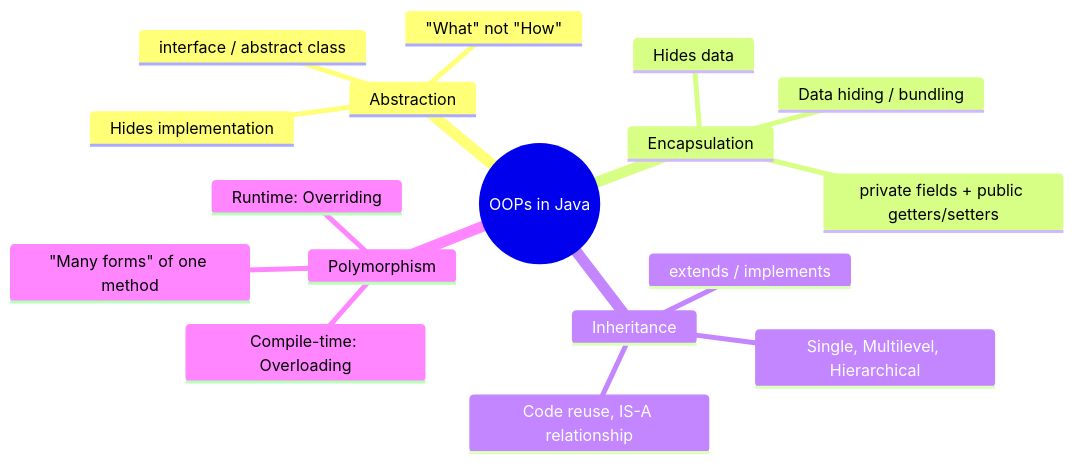
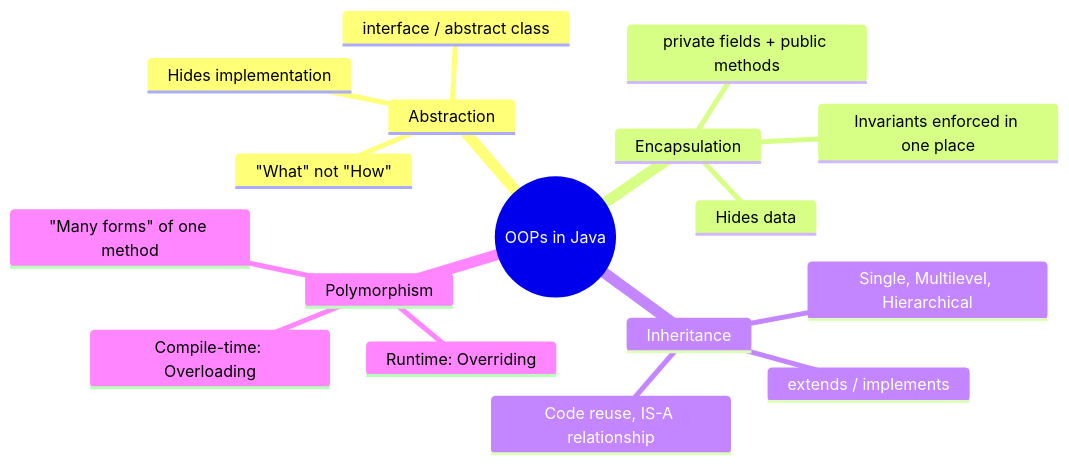
Before and after one commit to prabhu-raghunathan/java-learn: the first of 2 diagrams in docs/01-core-java/oops-concepts.md, drawn with Mermaid. The commit also changed other lines of this file and 28 other files, not shown here.

````diff
--- a/docs/01-core-java/oops-concepts.md
+++ b/docs/01-core-java/oops-concepts.md
@@ -26,20 +34,20 @@
 ```mermaid
 mindmap
   root((OOPs in Java))
     Abstraction
       Hides implementation
       interface / abstract class
       "What" not "How"
     Encapsulation
       Hides data
-      private fields + public getters/setters
-      Data hiding / bundling
+      private fields + public methods
+      Invariants enforced in one place
     Inheritance
       extends / implements
       Single, Multilevel, Hierarchical
       Code reuse, IS-A relationship
     Polymorphism
       Compile-time: Overloading
       Runtime: Overriding
       "Many forms" of one method
 ```
````
